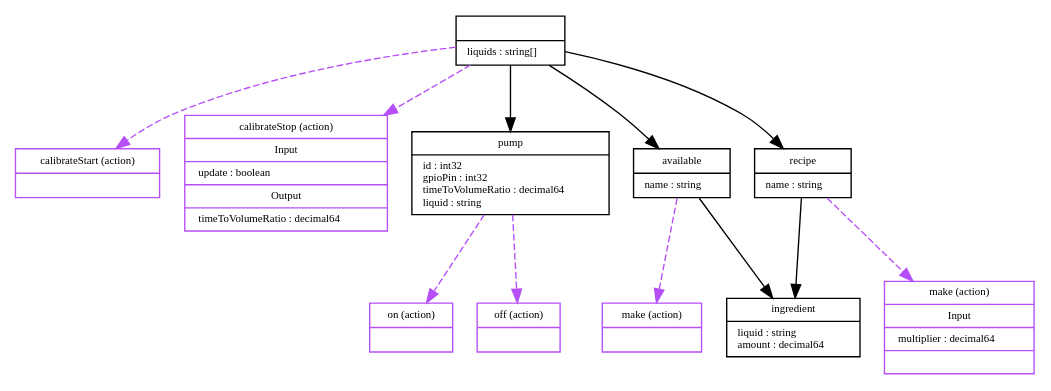
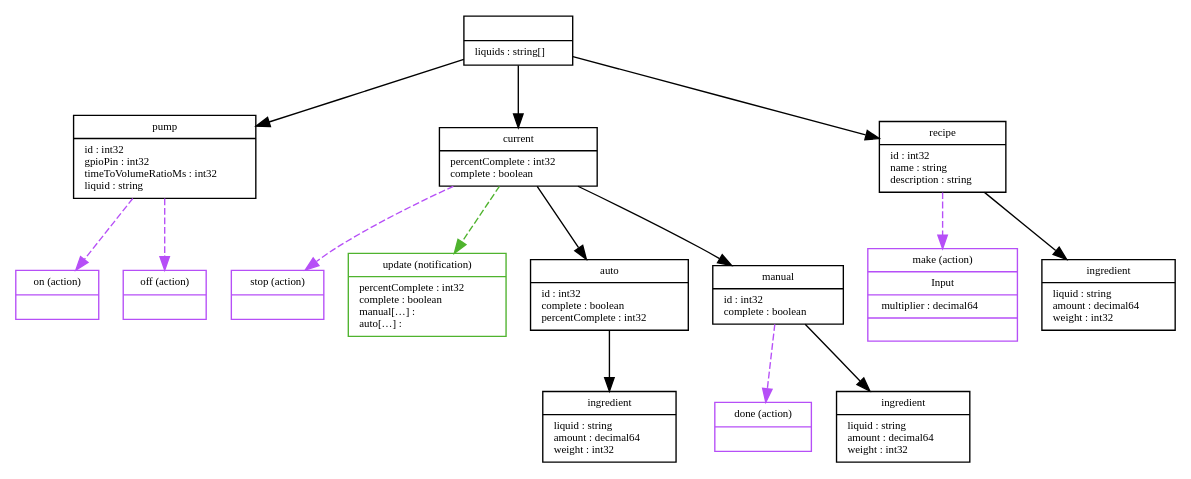
Before and after one commit to dhubler/bartend: the diagram in docs/bartend-model.dot, drawn with Graphviz. The commit also changed 19 other files, not shown here.

Commit message:
Get auto and manual instructions

```diff
--- a/docs/bartend-model.dot
+++ b/docs/bartend-model.dot
@@ -20,30 +20,12 @@
 
 
 
-       _bartend_calibrateStart [
-         label = "{calibrateStart (action)|}"
-         color = "#b64ff7"
-       ]
-       _bartend -> _bartend_calibrateStart [
-         style = "dashed"
-         color = "#b64ff7"
-       ]
-
-       _bartend_calibrateStop [
-         label = "{calibrateStop (action)|Input|&#32;&#32;update : boolean\l|Output|&#32;&#32;timeToVolumeRatio : decimal64\l}"
-         color = "#b64ff7"
-       ]
-       _bartend -> _bartend_calibrateStop [
-         style = "dashed"
-         color = "#b64ff7"
-       ]
-
 
 
 
 
        _pump [
-         label = "{pump|id : int32\lgpioPin : int32\ltimeToVolumeRatio : decimal64\lliquid : string\l}"
+         label = "{pump|id : int32\lgpioPin : int32\ltimeToVolumeRatioMs : int32\lliquid : string\l}"
        ]
 
 
@@ -70,17 +52,65 @@
 
 
 
-       _available [
-         label = "{available|name : string\l}"
+       _current [
+         label = "{current|percentComplete : int32\lcomplete : boolean\l}"
        ]
 
 
 
-       _available_make [
-         label = "{make (action)|}"
+       _current_stop [
+         label = "{stop (action)|}"
          color = "#b64ff7"
        ]
-       _available -> _available_make [
+       _current -> _current_stop [
+         style = "dashed"
+         color = "#b64ff7"
+       ]
+
+
+
+       _current_update [
+         label = "{update (notification)|percentComplete : int32\lcomplete : boolean\lmanual[…] : \lauto[…] : \l}"
+         color = "#4fb32e"
+       ]
+       _current -> _current_update [
+         style = "dashed"
+         color = "#4fb32e"
+       ]
+
+
+
+       _current_auto [
+         label = "{auto|id : int32\lcomplete : boolean\lpercentComplete : int32\l}"
+       ]
+
+
+
+
+
+
+
+       _current_auto_id__ingredient [
+         label = "{ingredient|liquid : string\lamount : decimal64\lweight : int32\l}"
+       ]
+
+
+
+
+
+
+
+       _current_manual [
+         label = "{manual|id : int32\lcomplete : boolean\l}"
+       ]
+
+
+
+       _current_manual_done [
+         label = "{done (action)|}"
+         color = "#b64ff7"
+       ]
+       _current_manual -> _current_manual_done [
          style = "dashed"
          color = "#b64ff7"
        ]
@@ -89,8 +119,8 @@
 
 
 
-       _available_name__ingredient [
-         label = "{ingredient|liquid : string\lamount : decimal64\l}"
+       _current_manual_id__ingredient [
+         label = "{ingredient|liquid : string\lamount : decimal64\lweight : int32\l}"
        ]
 
 
@@ -100,7 +130,7 @@
 
 
        _recipe [
-         label = "{recipe|name : string\l}"
+         label = "{recipe|id : int32\lname : string\ldescription : string\l}"
        ]
 
 
@@ -118,13 +148,23 @@
 
 
 
+       _recipe_id__ingredient [
+         label = "{ingredient|liquid : string\lamount : decimal64\lweight : int32\l}"
+       ]
+
+
+
+
+
+
+
 
 
 
   
     _bartend -> _pump
     
-    _bartend -> _available
+    _bartend -> _current
     _bartend -> _recipe
 
   
@@ -135,15 +175,41 @@
 
   
     
-    _available -> _available_name__ingredient
+    
+    _current -> _current_auto
+    _current -> _current_manual
 
   
+    
+    _current_auto -> _current_auto_id__ingredient
     
     
 
   
     
-    _recipe -> _available_name__ingredient
+    
+    
+
+  
+    
+    _current_manual -> _current_manual_id__ingredient
+    
+
+  
+    
+    
+    
+
+  
+    
+    
+    
+    _recipe -> _recipe_id__ingredient
+
+  
+    
+    
+    
 
 
 }
```
